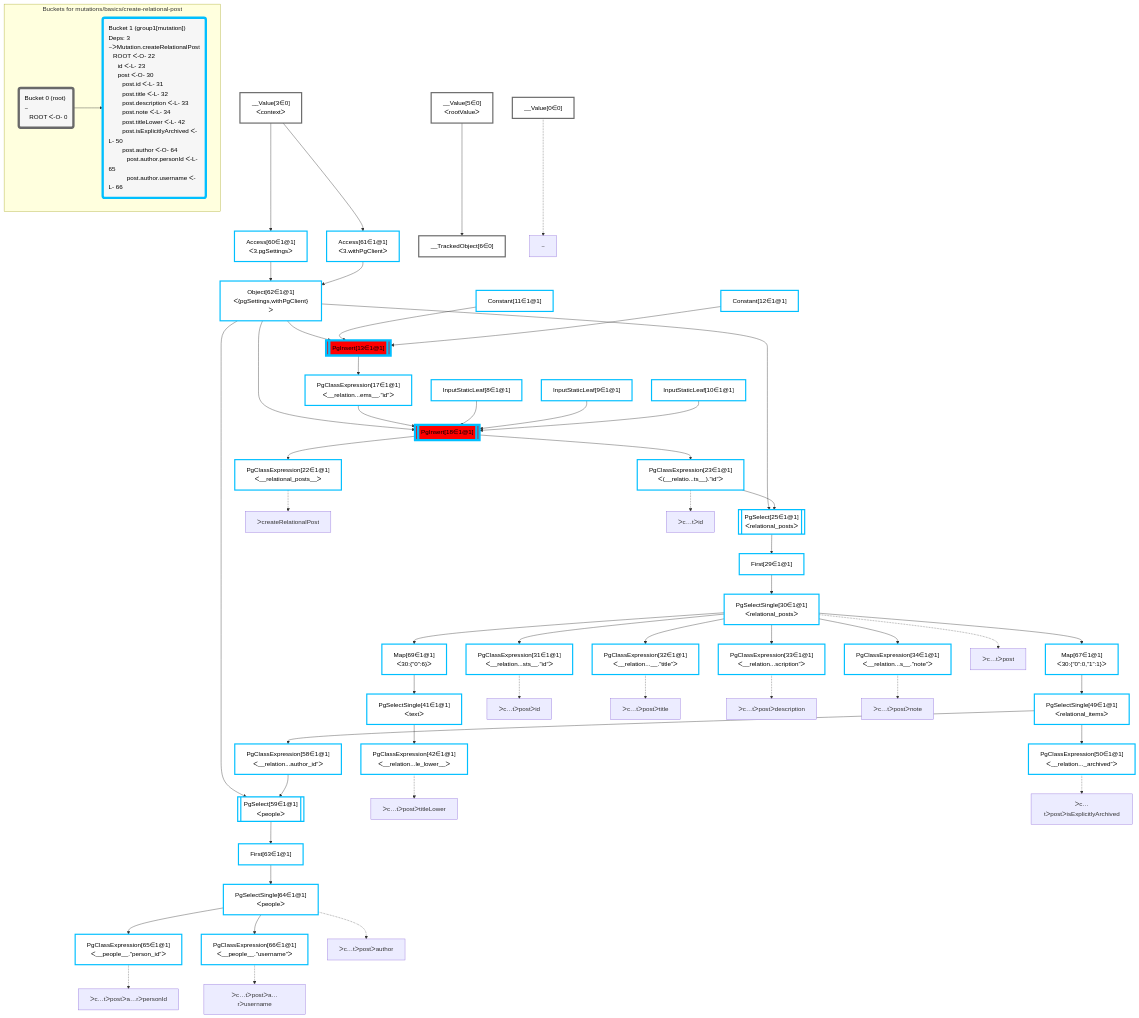
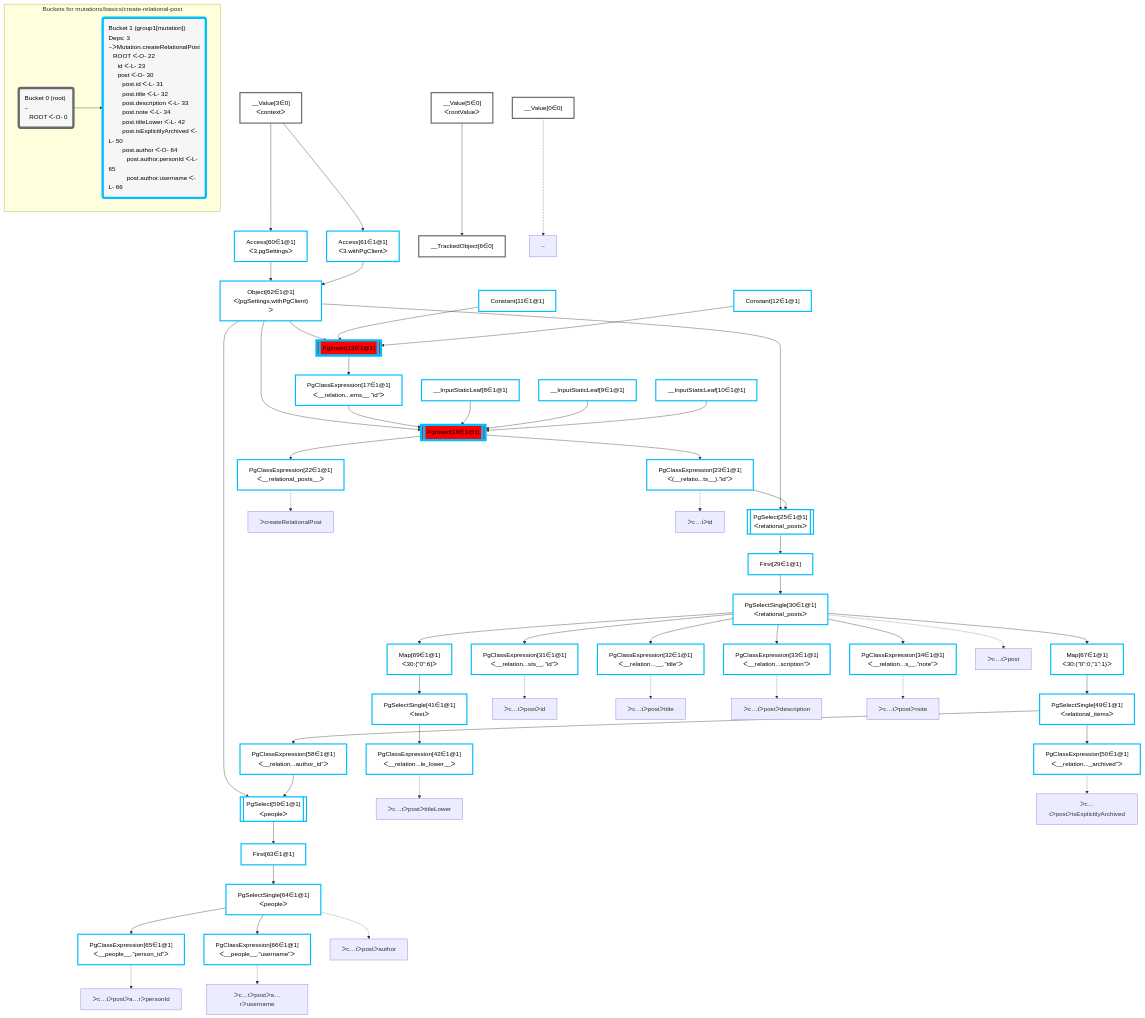
One commit to graphile/crystal changed the diagram in packages/dataplan-pg/__tests__/mutations/basics/create-relational-post.deopt.mermaid.md. Above: the diagram before and after it, drawn with Mermaid. The commit also changed 79 other files, not shown here.

````diff
--- a/packages/dataplan-pg/__tests__/mutations/basics/create-relational-post.deopt.mermaid.md
+++ b/packages/dataplan-pg/__tests__/mutations/basics/create-relational-post.deopt.mermaid.md
@@ -39,9 +39,9 @@
     __Value3["__Value[3∈0]<br />ᐸcontextᐳ"]:::plan
     __TrackedObject6["__TrackedObject[6∈0]"]:::plan
     __Value5["__Value[5∈0]<br />ᐸrootValueᐳ"]:::plan
-    InputStaticLeaf8["InputStaticLeaf[8∈1@1]"]:::plan
-    InputStaticLeaf9["InputStaticLeaf[9∈1@1]"]:::plan
-    InputStaticLeaf10["InputStaticLeaf[10∈1@1]"]:::plan
+    __InputStaticLeaf8["__InputStaticLeaf[8∈1@1]"]:::plan
+    __InputStaticLeaf9["__InputStaticLeaf[9∈1@1]"]:::plan
+    __InputStaticLeaf10["__InputStaticLeaf[10∈1@1]"]:::plan
     Constant11["Constant[11∈1@1]"]:::plan
     Constant12["Constant[12∈1@1]"]:::plan
 
@@ -67,7 +67,7 @@
     PgSelect25 --> First29
     Object62 & PgClassExpression23 --> PgSelect25
     PgInsert18 --> PgClassExpression23
-    Object62 & PgClassExpression17 & InputStaticLeaf8 & InputStaticLeaf9 & InputStaticLeaf10 --> PgInsert18
+    Object62 & PgClassExpression17 & __InputStaticLeaf8 & __InputStaticLeaf9 & __InputStaticLeaf10 --> PgInsert18
     PgInsert13 --> PgClassExpression17
     Object62 & Constant11 & Constant12 --> PgInsert13
     Access60 & Access61 --> Object62
@@ -109,7 +109,7 @@
     class Bucket0,__Value0,__Value3,__Value5,__TrackedObject6 bucket0
     Bucket1("Bucket 1 (group1[mutation])<br />Deps: 3<br />~ᐳMutation.createRelationalPost<br />⠀ROOT ᐸ-O- 22<br />⠀⠀id ᐸ-L- 23<br />⠀⠀post ᐸ-O- 30<br />⠀⠀⠀post.id ᐸ-L- 31<br />⠀⠀⠀post.title ᐸ-L- 32<br />⠀⠀⠀post.description ᐸ-L- 33<br />⠀⠀⠀post.note ᐸ-L- 34<br />⠀⠀⠀post.titleLower ᐸ-L- 42<br />⠀⠀⠀post.isExplicitlyArchived ᐸ-L- 50<br />⠀⠀⠀post.author ᐸ-O- 64<br />⠀⠀⠀⠀post.author.personId ᐸ-L- 65<br />⠀⠀⠀⠀post.author.username ᐸ-L- 66"):::bucket
     classDef bucket1 stroke:#00bfff
-    class Bucket1,InputStaticLeaf8,InputStaticLeaf9,InputStaticLeaf10,Constant11,Constant12,PgInsert13,PgClassExpression17,PgInsert18,PgClassExpression22,PgClassExpression23,PgSelect25,First29,PgSelectSingle30,PgClassExpression31,PgClassExpression32,PgClassExpression33,PgClassExpression34,PgSelectSingle41,PgClassExpression42,PgSelectSingle49,PgClassExpression50,PgClassExpression58,PgSelect59,Access60,Access61,Object62,First63,PgSelectSingle64,PgClassExpression65,PgClassExpression66,Map67,Map69 bucket1
+    class Bucket1,__InputStaticLeaf8,__InputStaticLeaf9,__InputStaticLeaf10,Constant11,Constant12,PgInsert13,PgClassExpression17,PgInsert18,PgClassExpression22,PgClassExpression23,PgSelect25,First29,PgSelectSingle30,PgClassExpression31,PgClassExpression32,PgClassExpression33,PgClassExpression34,PgSelectSingle41,PgClassExpression42,PgSelectSingle49,PgClassExpression50,PgClassExpression58,PgSelect59,Access60,Access61,Object62,First63,PgSelectSingle64,PgClassExpression65,PgClassExpression66,Map67,Map69 bucket1
     Bucket0 --> Bucket1
     end
 ```
````
